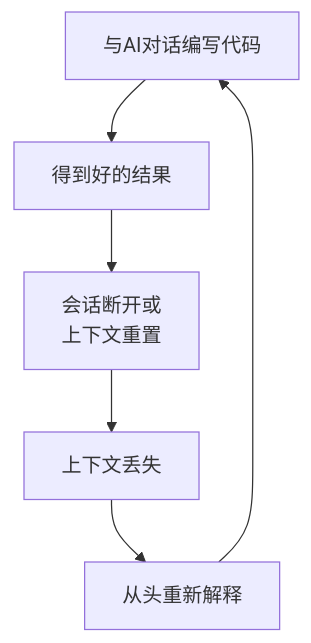
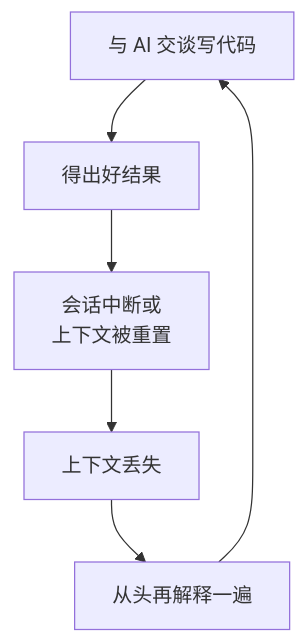
Before and after one commit to modu-ai/moai-adk: the first of 5 diagrams in docs-site/content/zh/core-concepts/what-is-moai-adk.md, drawn with Mermaid. The commit also changed other lines of this file and 395 other files, not shown here.

````diff
--- a/docs-site/content/zh/core-concepts/what-is-moai-adk.md
+++ b/docs-site/content/zh/core-concepts/what-is-moai-adk.md
@@ -56,8 +82,8 @@
 ```mermaid
 flowchart TD
-    A["与AI对话编写代码"] --> B["得到好的结果"]
-    B --> C["会话断开或\n上下文重置"]
+    A["与 AI 交谈写代码"] --> B["得出好结果"]
+    B --> C["会话中断或\n上下文被重置"]
     C --> D["上下文丢失"]
-    D --> E["从头重新解释"]
+    D --> E["从头再解释一遍"]
     E --> A
 ```
````
